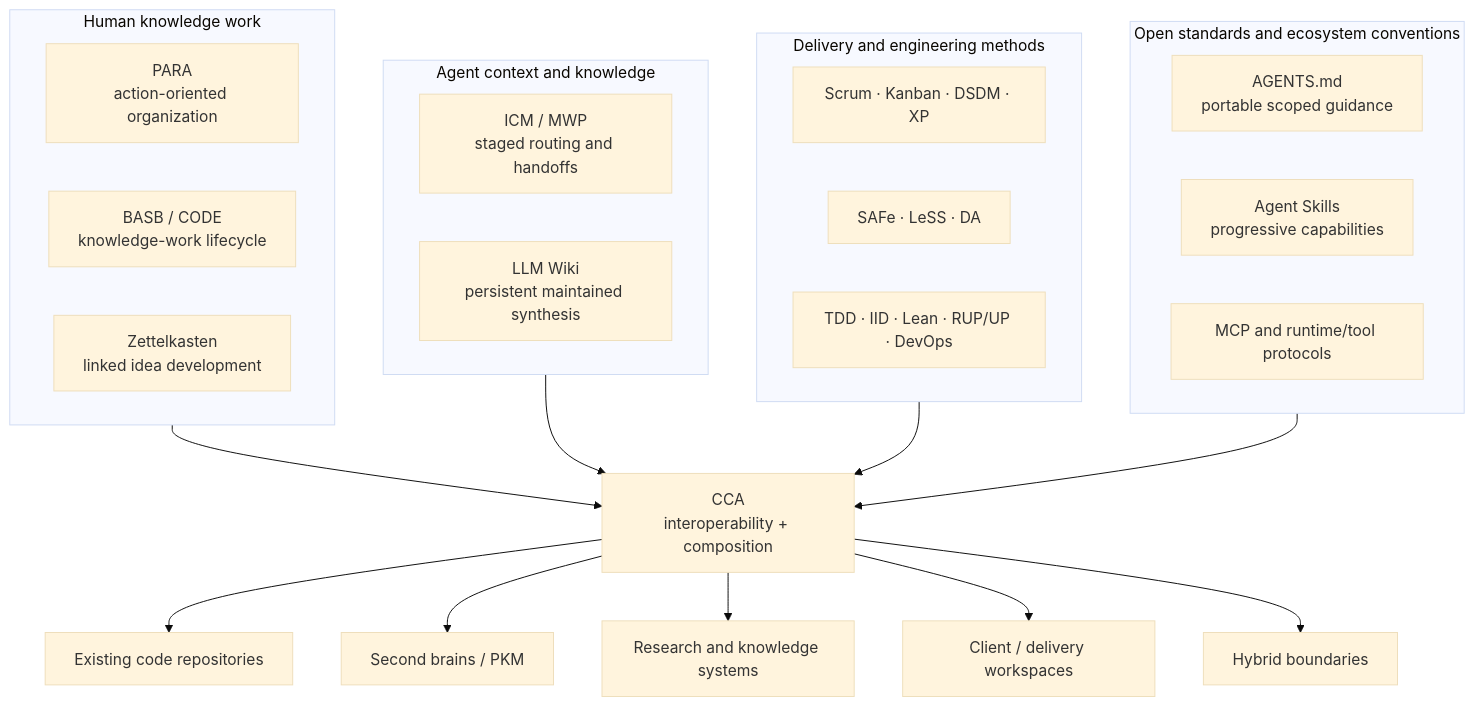
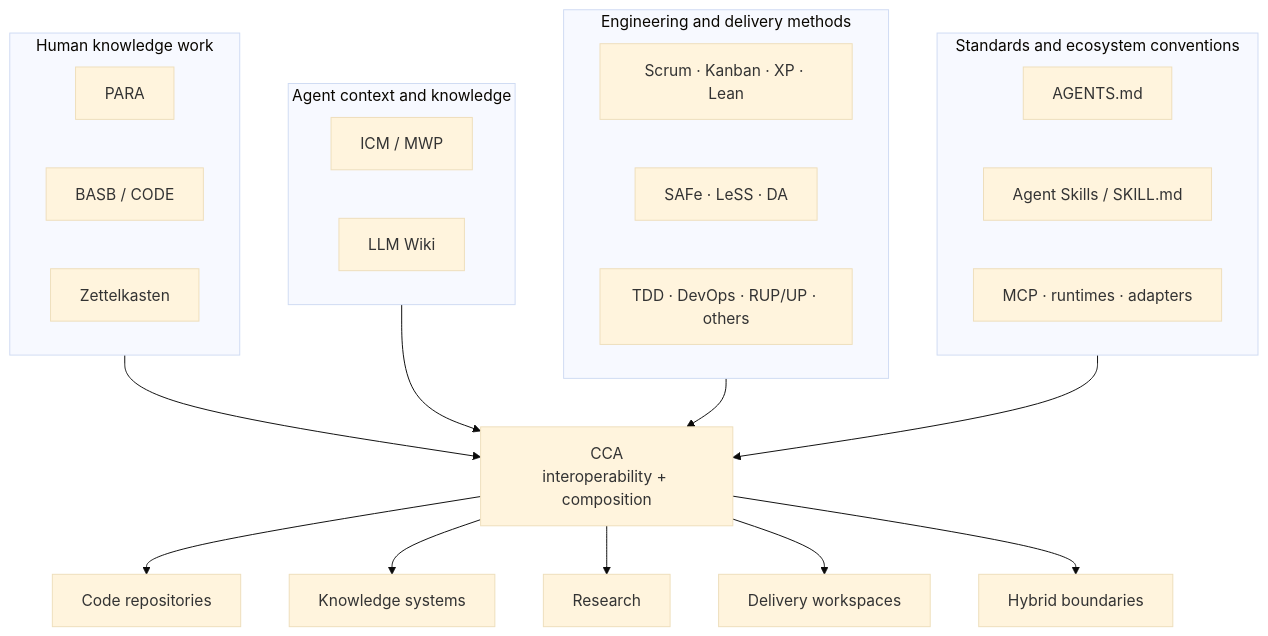
One commit to yonasuriv/CCA changed the first of 2 diagrams in README.md. Above: the diagram before and after it, drawn with Mermaid (base theme). The commit also changed other lines of this file and 1 other file, not shown here.

Commit message:
docs: refocus CCA positioning and tighten activation

````diff
--- a/README.md
+++ b/README.md
@@ -61,38 +95,38 @@
 ```mermaid
 flowchart TB
     subgraph HUMAN["Human knowledge work"]
-        PARA["PARA\naction-oriented organization"]
-        BASB["BASB / CODE\nknowledge-work lifecycle"]
-        ZK["Zettelkasten\nlinked idea development"]
+        PARA["PARA"]
+        BASB["BASB / CODE"]
+        ZK["Zettelkasten"]
     end
 
     subgraph AGENT["Agent context and knowledge"]
-        ICM["ICM / MWP\nstaged routing and handoffs"]
-        WIKI["LLM Wiki\npersistent maintained synthesis"]
+        ICM["ICM / MWP"]
+        WIKI["LLM Wiki"]
     end
 
-    subgraph PROCESS["Delivery and engineering methods"]
-        SCRUM["Scrum · Kanban · DSDM · XP"]
+    subgraph METHODS["Engineering and delivery methods"]
+        DELIVERY["Scrum · Kanban · XP · Lean"]
         SCALE["SAFe · LeSS · DA"]
-        ENG["TDD · IID · Lean · RUP/UP · DevOps"]
+        LIFECYCLE["TDD · DevOps · RUP/UP · others"]
     end
 
-    subgraph STANDARD["Open standards and ecosystem conventions"]
-        AGENTS["AGENTS.md\nportable scoped guidance"]
-        SKILLS["Agent Skills\nprogressive capabilities"]
-        MCP["MCP and runtime/tool protocols"]
+    subgraph STANDARDS["Standards and ecosystem conventions"]
+        AGENTS["AGENTS.md"]
+        SKILLS["Agent Skills / SKILL.md"]
+        MCP["MCP · runtimes · adapters"]
     end
 
     CCA["CCA\ninteroperability + composition"]
 
     HUMAN --> CCA
     AGENT --> CCA
-    PROCESS --> CCA
-    STANDARD --> CCA
+    METHODS --> CCA
+    STANDARDS --> CCA
 
-    CCA --> CODE["Existing code repositories"]
-    CCA --> PKM["Second brains / PKM"]
-    CCA --> RESEARCH["Research and knowledge systems"]
-    CCA --> CLIENT["Client / delivery workspaces"]
+    CCA --> CODE["Code repositories"]
+    CCA --> PKM["Knowledge systems"]
+    CCA --> RESEARCH["Research"]
+    CCA --> DELIVERYWORK["Delivery workspaces"]
     CCA --> HYBRID["Hybrid boundaries"]
 ```
````
